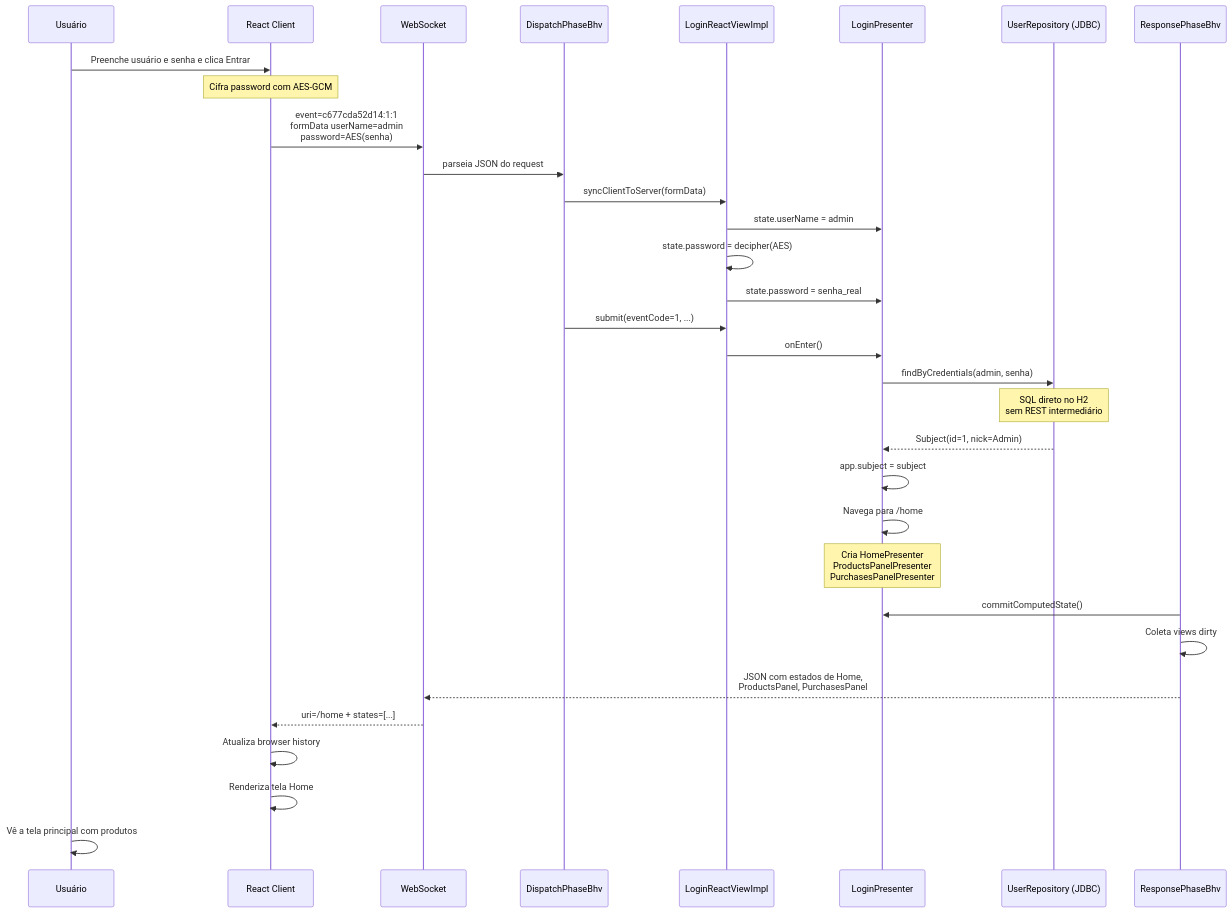
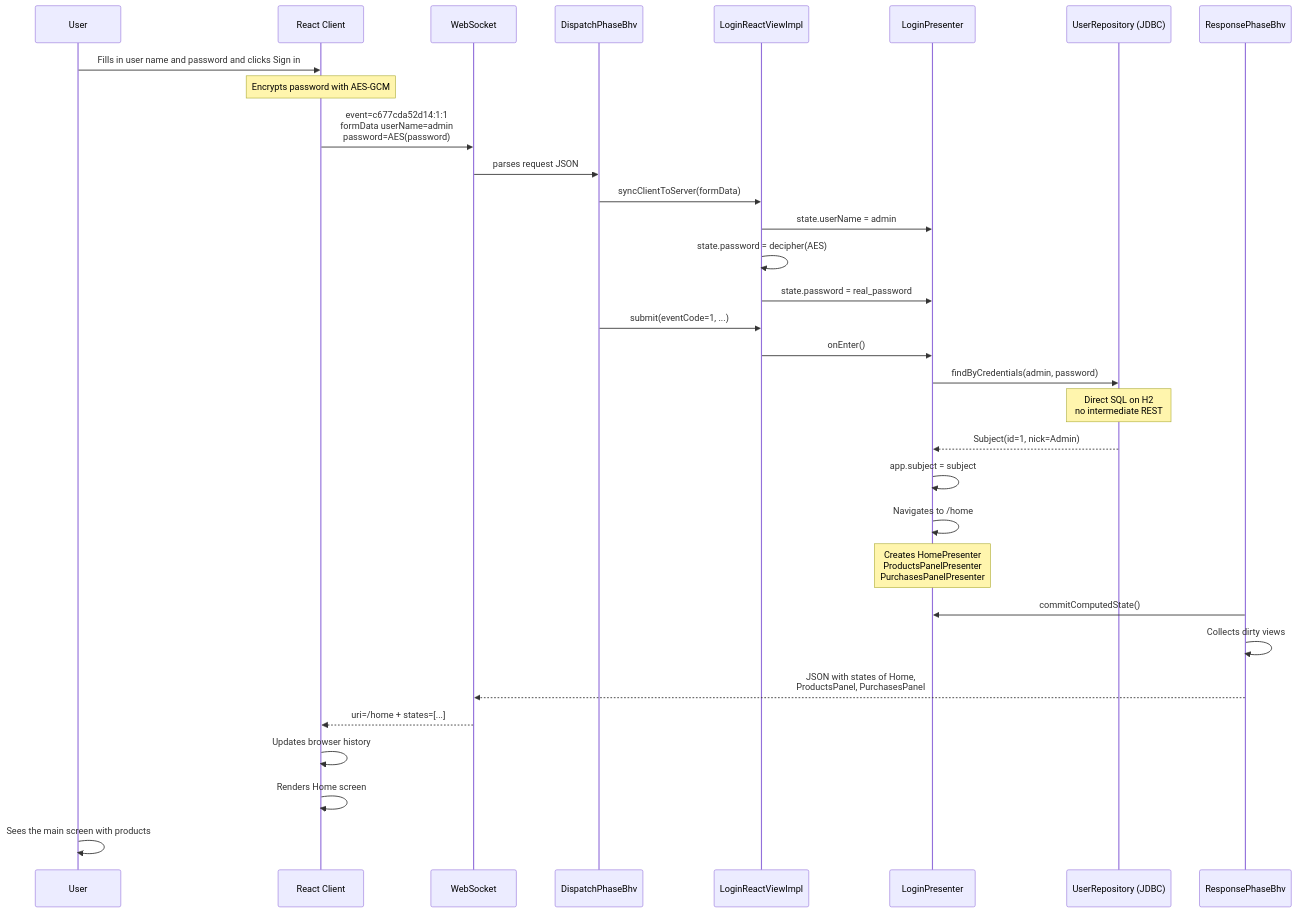
One commit to mrcdom/wdc-cube-kotlin changed the ninth of 9 diagrams in docs/architecture-react.md. Above: the diagram before and after it, drawn with Mermaid. The commit also changed other lines of this file and 10 other files, not shown here.

First line of the commit message:
docs: architecture docs and top-level READMEs in US English

````diff
--- a/docs/architecture-react.md
+++ b/docs/architecture-react.md
@@ -455,47 +455,47 @@
 ```mermaid
 sequenceDiagram
-    participant User as Usuário
+    participant User as User
     participant React as React Client
     participant WS as WebSocket
     participant Disp as DispatchPhaseBhv
     participant LView as LoginReactViewImpl
     participant LPres as LoginPresenter
     participant URepo as UserRepository (JDBC)
     participant Resp as ResponsePhaseBhv
 
-    User->>React: Preenche usuário e senha e clica Entrar
+    User->>React: Fills in user name and password and clicks Sign in
 
-    Note over React: Cifra password com AES-GCM
+    Note over React: Encrypts password with AES-GCM
 
-    React->>WS: event=c677cda52d14:1:1<br/>formData userName=admin<br/>password=AES(senha)
+    React->>WS: event=c677cda52d14:1:1<br/>formData userName=admin<br/>password=AES(password)
 
-    WS->>Disp: parseia JSON do request
+    WS->>Disp: parses request JSON
 
     Disp->>LView: syncClientToServer(formData)
     LView->>LPres: state.userName = admin
     LView->>LView: state.password = decipher(AES)
-    LView->>LPres: state.password = senha_real
+    LView->>LPres: state.password = real_password
 
     Disp->>LView: submit(eventCode=1, ...)
     LView->>LPres: onEnter()
 
-    LPres->>URepo: findByCredentials(admin, senha)
-    Note over URepo: SQL direto no H2<br/>sem REST intermediário
+    LPres->>URepo: findByCredentials(admin, password)
+    Note over URepo: Direct SQL on H2<br/>no intermediate REST
     URepo-->>LPres: Subject(id=1, nick=Admin)
 
     LPres->>LPres: app.subject = subject
-    LPres->>LPres: Navega para /home
+    LPres->>LPres: Navigates to /home
 
-    Note over LPres: Cria HomePresenter<br/>ProductsPanelPresenter<br/>PurchasesPanelPresenter
+    Note over LPres: Creates HomePresenter<br/>ProductsPanelPresenter<br/>PurchasesPanelPresenter
 
     Resp->>LPres: commitComputedState()
-    Resp->>Resp: Coleta views dirty
+    Resp->>Resp: Collects dirty views
 
-    Resp-->>WS: JSON com estados de Home,<br/>ProductsPanel, PurchasesPanel
+    Resp-->>WS: JSON with states of Home,<br/>ProductsPanel, PurchasesPanel
 
     WS-->>React: uri=/home + states=[...]
-    React->>React: Atualiza browser history
-    React->>React: Renderiza tela Home
+    React->>React: Updates browser history
+    React->>React: Renders Home screen
 
-    User->>User: Vê a tela principal com produtos
+    User->>User: Sees the main screen with products
 ```
````
